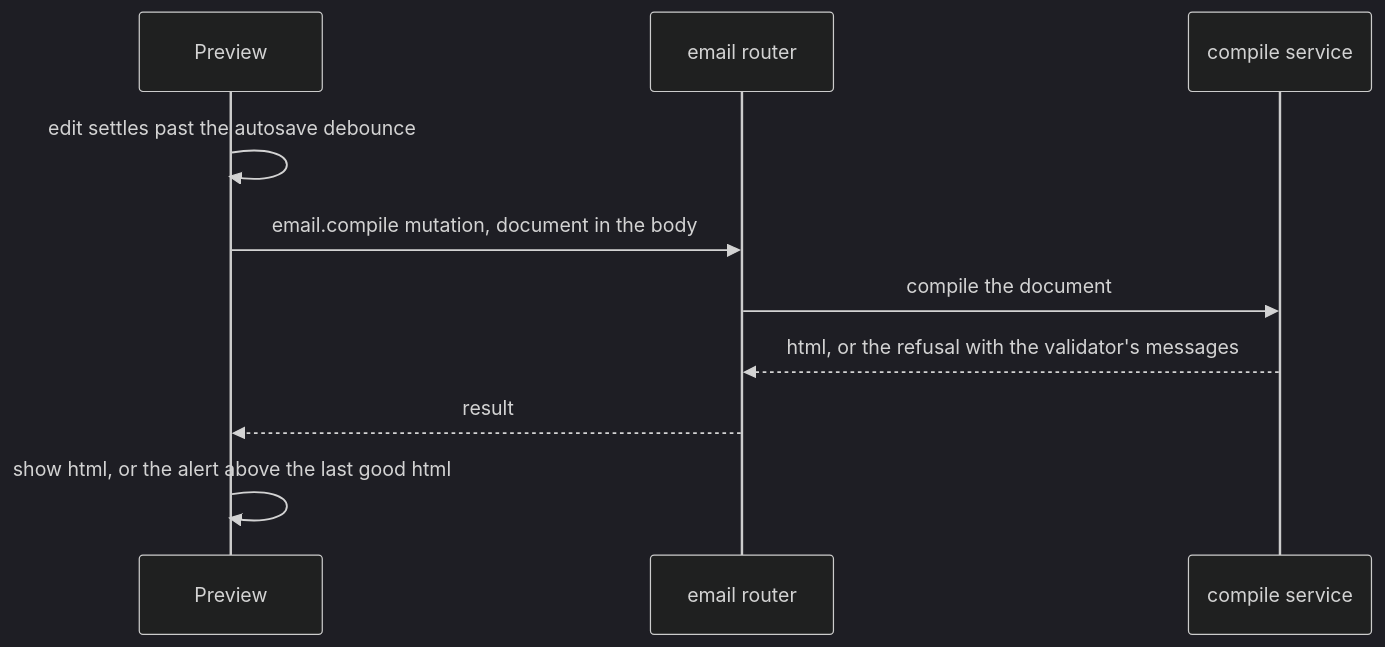
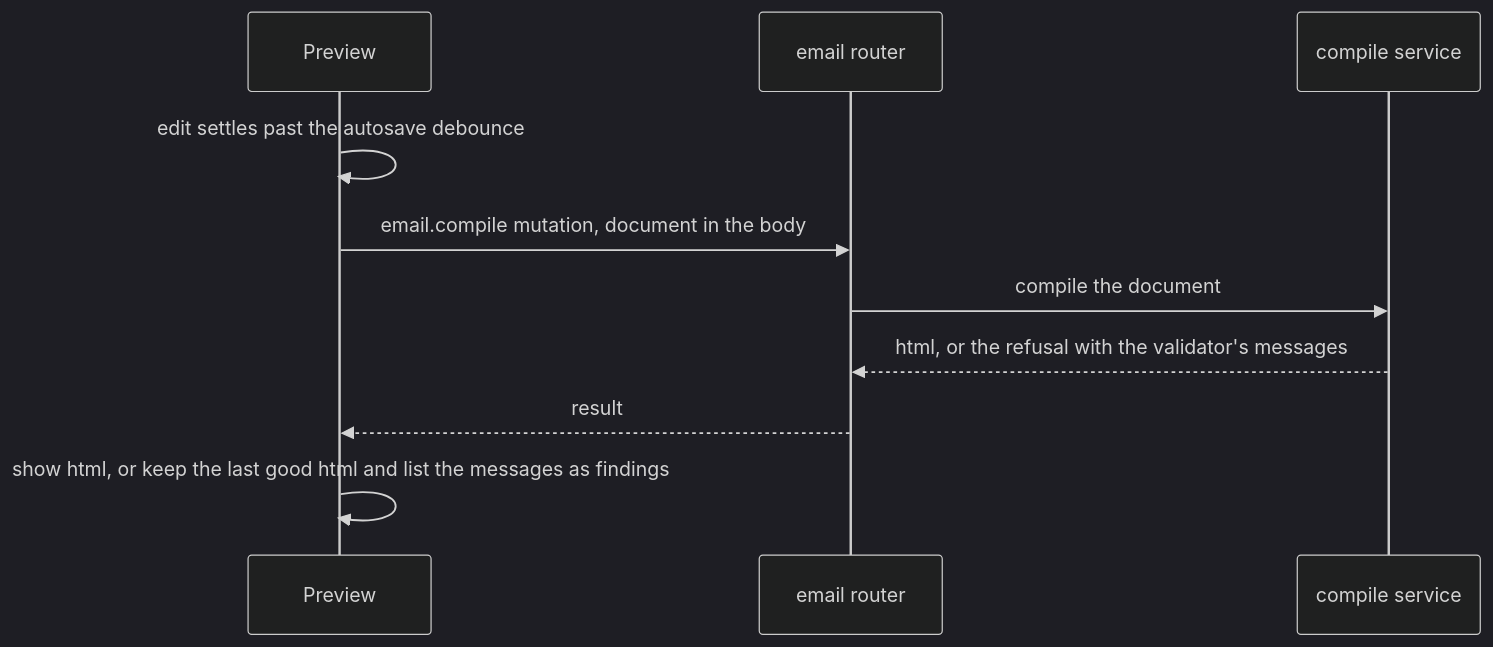
One commit to Esposter/Esposter changed the diagram in openspec/specs/resource/page-builder/email/design.md. Above: the diagram before and after it, drawn with Mermaid (dark theme). The commit also changed other lines of this file and 4 other files, not shown here.

````diff
--- a/openspec/specs/resource/page-builder/email/design.md
+++ b/openspec/specs/resource/page-builder/email/design.md
@@ -27,12 +29,12 @@
 ```mermaid
 sequenceDiagram
   participant P as Preview
   participant S as email router
   participant C as compile service
   P->>P: edit settles past the autosave debounce
   P->>S: email.compile mutation, document in the body
   S->>C: compile the document
   C-->>S: html, or the refusal with the validator's messages
   S-->>P: result
-  P->>P: show html, or the alert above the last good html
+  P->>P: show html, or keep the last good html and list the messages as findings
 ```
````
